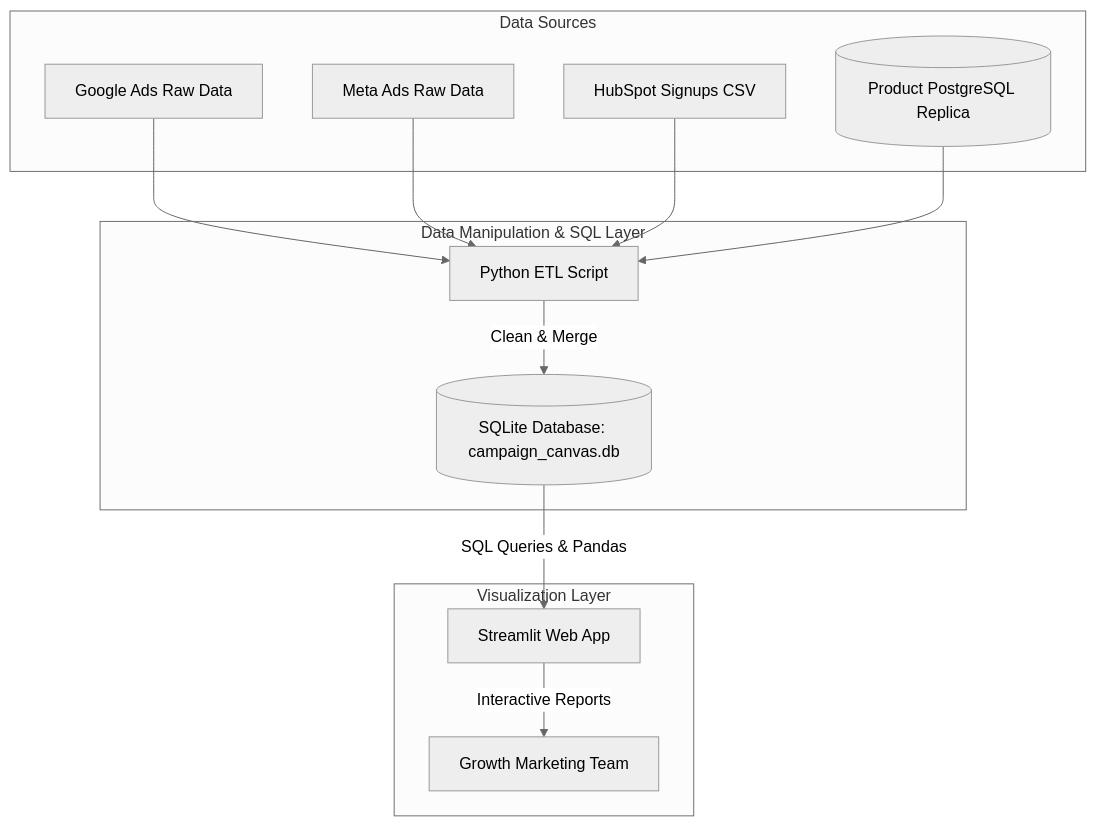
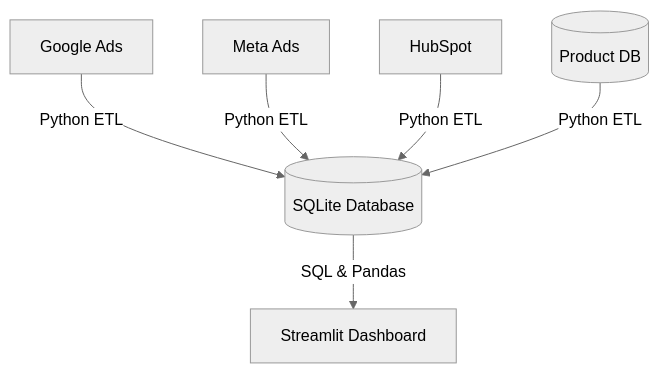
Before and after one commit to kalviumcommunity/SW2627-Data-Product-Development-Campaign-Canvas: the diagram in README.md, drawn with Mermaid (neutral theme). The commit also changed other lines of this file, not shown here.

````diff
--- a/README.md
+++ b/README.md
@@ -62,20 +36,5 @@
 ```mermaid
 graph TD
-    subgraph Data Sources
-        GA[Google Ads Raw Data]
-        MA[Meta Ads Raw Data]
-        HS[HubSpot Signups CSV]
-        DB[(Product PostgreSQL Replica)]
-    end
-
-    subgraph Data Manipulation & SQL Layer
-        ETL[Python ETL Script]
-        GA & MA & HS & DB --> ETL
-        ETL -->|Clean & Merge| SQLite[(SQLite Database: campaign_canvas.db)]
-    end
-
-    subgraph Visualization Layer
-        SQLite -->|SQL Queries & Pandas| SL[Streamlit Web App]
-        SL -->|Interactive Reports| User[Growth Marketing Team]
-    end
+    GA[Google Ads] & MA[Meta Ads] & HS[HubSpot] & DB[(Product DB)] -->|Python ETL| SQLite[(SQLite Database)]
+    SQLite -->|SQL & Pandas| Streamlit[Streamlit Dashboard]
 ```
````
